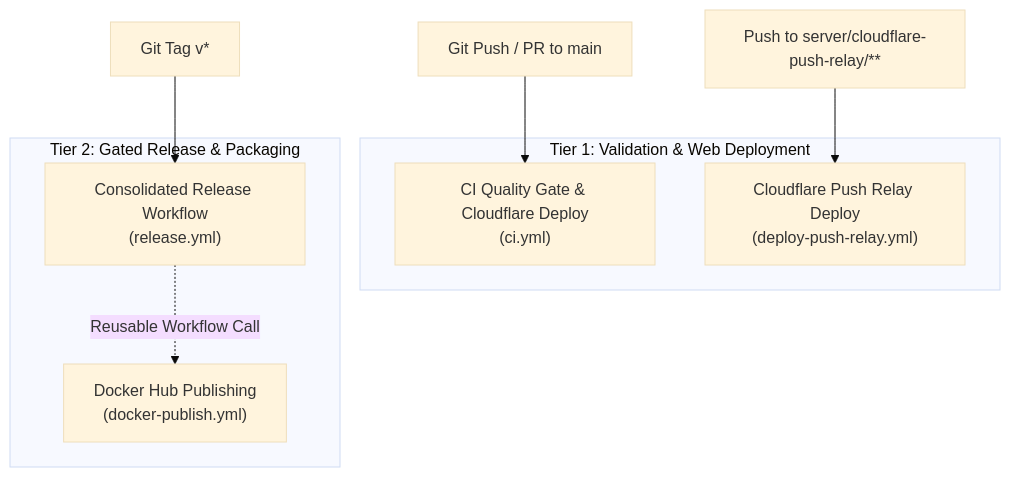
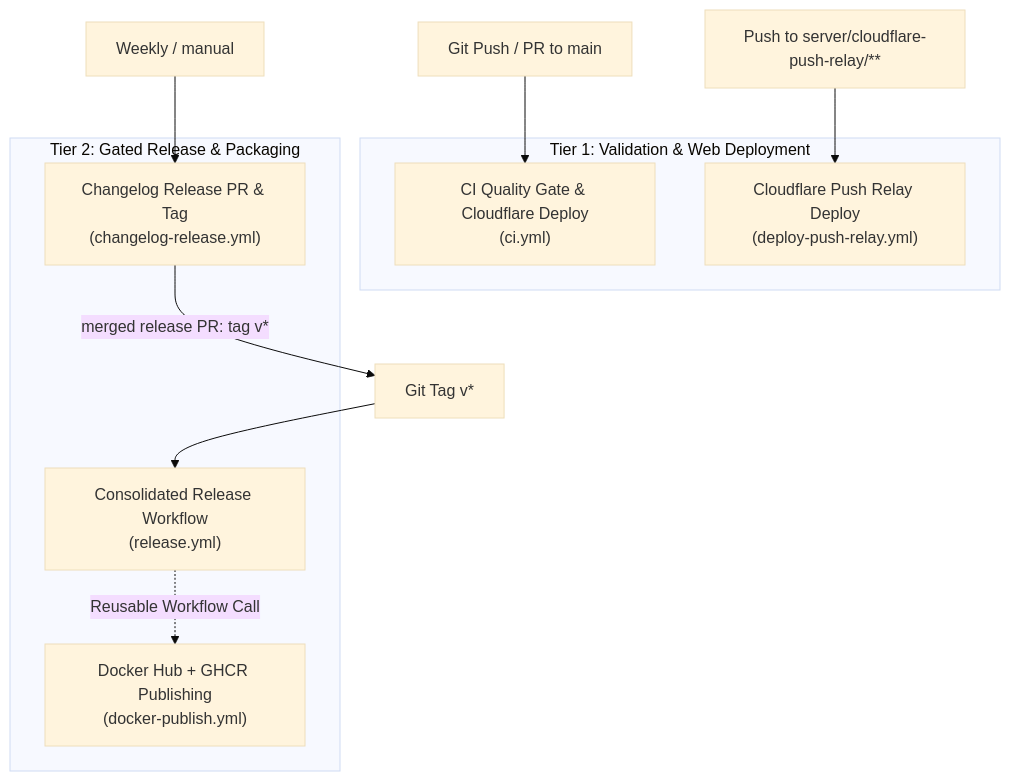
One commit to suitably/LocalGameGalaxy changed the first of 3 diagrams in docs/workflows/ci-cd-pipelines.md. Above: the diagram before and after it, drawn with Mermaid (base theme). The commit also changed other lines of this file and 23 other files, not shown here.

First line of the commit message:
chore(release): changelog fragments and an automated release pull request

````diff
--- a/docs/workflows/ci-cd-pipelines.md
+++ b/docs/workflows/ci-cd-pipelines.md
@@ -30,17 +30,20 @@
 ```mermaid
 flowchart TD
     subgraph CI_Deploy["Tier 1: Validation & Web Deployment"]
         CI["CI Quality Gate & Cloudflare Deploy<br/>(ci.yml)"]
         CF_Relay["Cloudflare Push Relay Deploy<br/>(deploy-push-relay.yml)"]
     end
 
     subgraph Releases["Tier 2: Gated Release & Packaging"]
         Release["Consolidated Release Workflow<br/>(release.yml)"]
-        DockerPublish["Docker Hub Publishing<br/>(docker-publish.yml)"]
+        DockerPublish["Docker Hub + GHCR Publishing<br/>(docker-publish.yml)"]
+        ReleasePR["Changelog Release PR & Tag<br/>(changelog-release.yml)"]
     end
 
     CodePush["Git Push / PR to main"] --> CI
     RelayCode["Push to server/cloudflare-push-relay/**"] --> CF_Relay
+    Weekly["Weekly / manual"] --> ReleasePR
+    ReleasePR -->|"merged release PR: tag v*"| TagPush
     TagPush["Git Tag v*"] --> Release
     Release -.->|Reusable Workflow Call| DockerPublish
 ```
````
